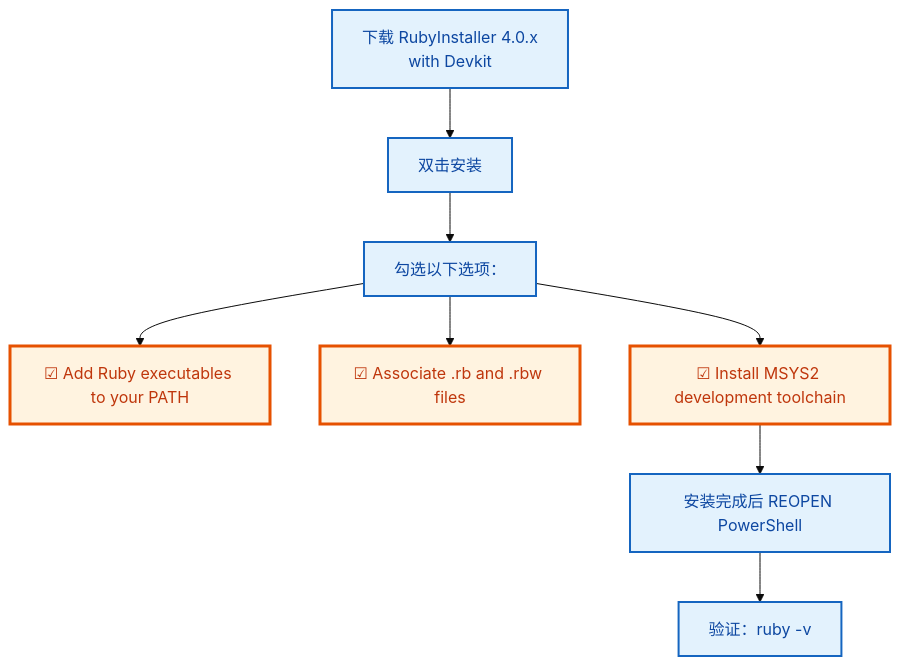
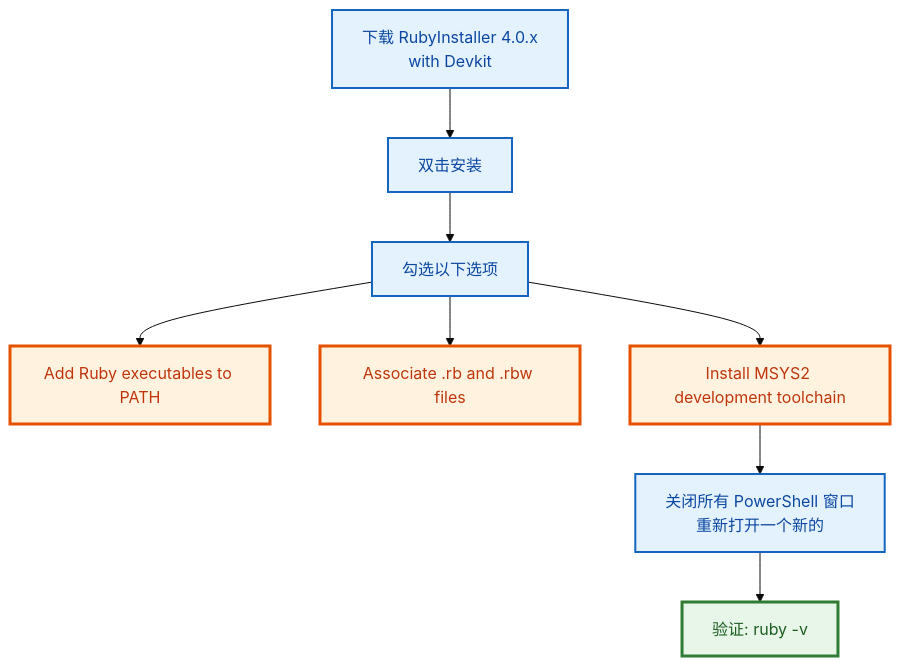
The eighth of 23 diagrams in ruby/README.md (PassByYou888/LingoFuse), drawn with Mermaid (base theme) before and after one commit. The commit also changed other lines of this file, not shown here.

````diff
--- a/ruby/README.md
+++ b/ruby/README.md
@@ -427,16 +380,18 @@
 ```mermaid
 flowchart TD
     S1["下载 RubyInstaller 4.0.x<br/>with Devkit"] --> S2["双击安装"]
-    S2 --> S3["勾选以下选项："]
-    S3 --> O1["☑ Add Ruby executables to your PATH"]
-    S3 --> O2["☑ Associate .rb and .rbw files"]
-    S3 --> O3["☑ Install MSYS2 development toolchain"]
-    O3 --> S4["安装完成后 REOPEN PowerShell"]
-    S4 --> V["验证：ruby -v"]
+    S2 --> S3["勾选以下选项"]
+    S3 --> O1["Add Ruby executables to PATH"]
+    S3 --> O2["Associate .rb and .rbw files"]
+    S3 --> O3["Install MSYS2 development toolchain"]
+    O3 --> S4["关闭所有 PowerShell 窗口<br/>重新打开一个新的"]
+    S4 --> V["验证: ruby -v"]
 
     classDef action fill:#E3F2FD,stroke:#1565C0,stroke-width:2px,color:#0D47A1
     classDef warn fill:#FFF3E0,stroke:#E65100,stroke-width:3px,color:#BF360C
+    classDef done fill:#E8F5E9,stroke:#2E7D32,stroke-width:3px,color:#1B5E20
 
-    class S1,S2,S3,S4,V action
+    class S1,S2,S3,S4 action
     class O1,O2,O3 warn
+    class V done
 ```
````
